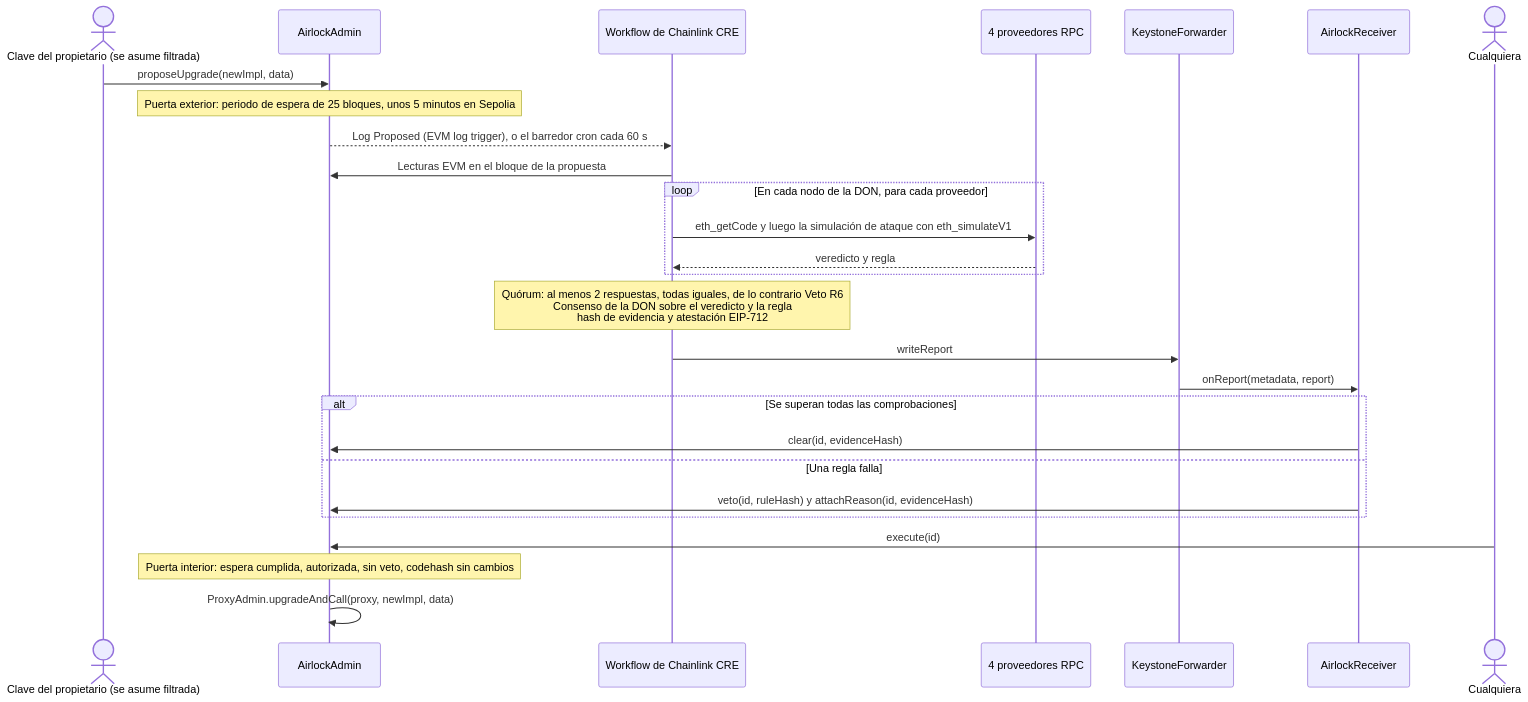
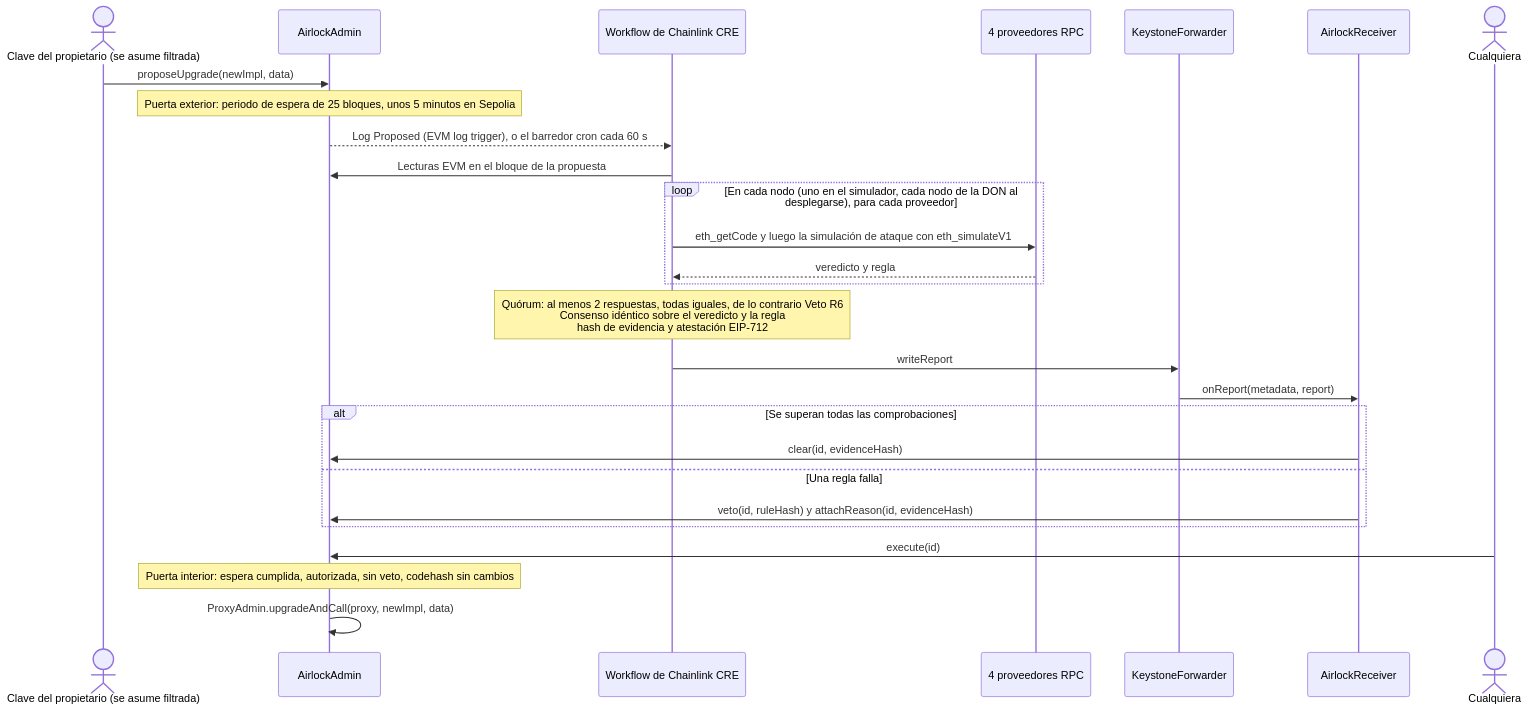
The diagram in README.es.md (tedinroc/upgrade-airlock), drawn with Mermaid before and after one commit. The commit also changed other lines of this file and 37 other files, not shown here.

````diff
--- a/README.es.md
+++ b/README.es.md
@@ -87,30 +102,30 @@
 ```mermaid
 sequenceDiagram
     actor Owner as Clave del propietario (se asume filtrada)
     participant Admin as AirlockAdmin
     participant CRE as Workflow de Chainlink CRE
     participant RPC as 4 proveedores RPC
     participant Fwd as KeystoneForwarder
     participant Recv as AirlockReceiver
     actor Anyone as Cualquiera
 
     Owner->>Admin: proposeUpgrade(newImpl, data)
     Note over Admin: Puerta exterior: periodo de espera de 25 bloques, unos 5 minutos en Sepolia
     Admin-->>CRE: Log Proposed (EVM log trigger), o el barredor cron cada 60 s
     CRE->>Admin: Lecturas EVM en el bloque de la propuesta
-    loop En cada nodo de la DON, para cada proveedor
+    loop En cada nodo (uno en el simulador, cada nodo de la DON al desplegarse), para cada proveedor
         CRE->>RPC: eth_getCode y luego la simulación de ataque con eth_simulateV1
         RPC-->>CRE: veredicto y regla
     end
-    Note over CRE: Quórum: al menos 2 respuestas, todas iguales, de lo contrario Veto R6<br/>Consenso de la DON sobre el veredicto y la regla<br/>hash de evidencia y atestación EIP-712
+    Note over CRE: Quórum: al menos 2 respuestas, todas iguales, de lo contrario Veto R6<br/>Consenso idéntico sobre el veredicto y la regla<br/>hash de evidencia y atestación EIP-712
     CRE->>Fwd: writeReport
     Fwd->>Recv: onReport(metadata, report)
     alt Se superan todas las comprobaciones
         Recv->>Admin: clear(id, evidenceHash)
     else Una regla falla
         Recv->>Admin: veto(id, ruleHash) y attachReason(id, evidenceHash)
     end
     Anyone->>Admin: execute(id)
     Note over Admin: Puerta interior: espera cumplida, autorizada, sin veto, codehash sin cambios
     Admin->>Admin: ProxyAdmin.upgradeAndCall(proxy, newImpl, data)
 ```
````
